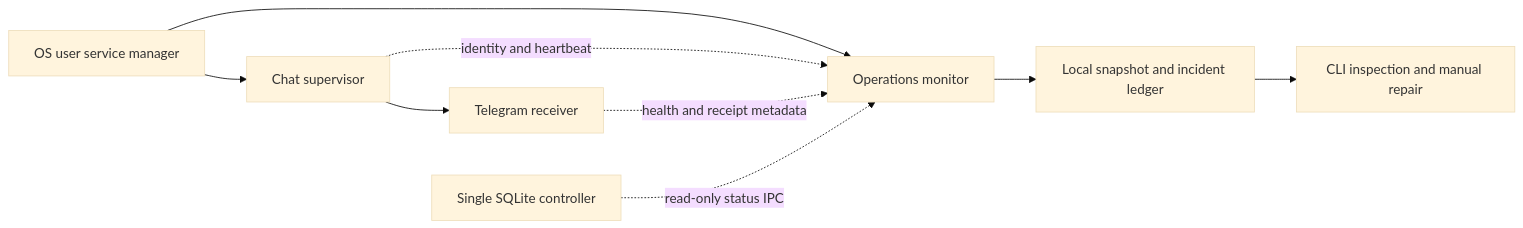
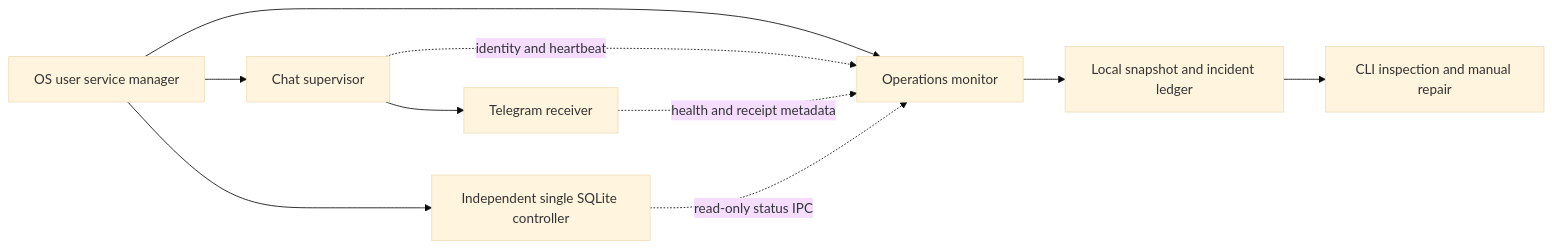
One commit to carlos-dev-yang/agent-chun-su changed the diagram in docs/contracts/operations-monitor-v1.md. Above: the diagram before and after it, drawn with Mermaid (base theme). The commit also changed other lines of this file and 3 other files, not shown here.

````diff
--- a/docs/contracts/operations-monitor-v1.md
+++ b/docs/contracts/operations-monitor-v1.md
@@ -15,11 +15,12 @@
 ```mermaid
 flowchart LR
     os[OS user service manager] --> supervisor[Chat supervisor]
     supervisor --> receiver[Telegram receiver]
     os --> monitor[Operations monitor]
     supervisor -. identity and heartbeat .-> monitor
     receiver -. health and receipt metadata .-> monitor
-    controller[Single SQLite controller] -. read-only status IPC .-> monitor
+    os --> controller[Independent single SQLite controller]
+    controller -. read-only status IPC .-> monitor
     monitor --> local[Local snapshot and incident ledger]
     local --> operator[CLI inspection and manual repair]
 ```
````
